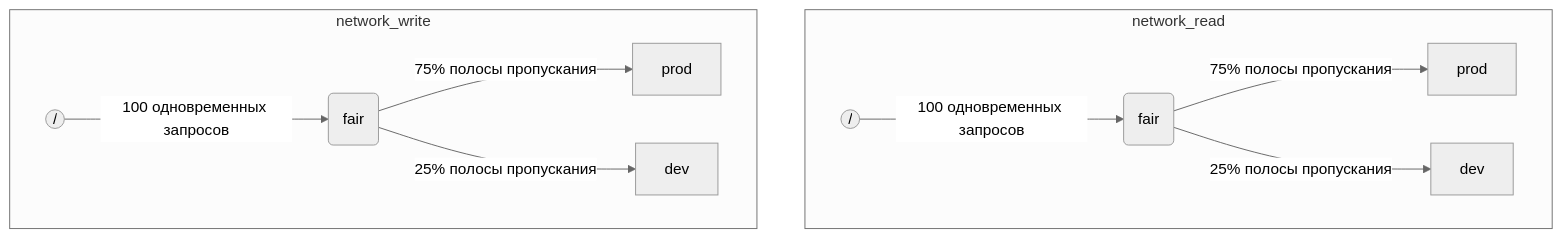
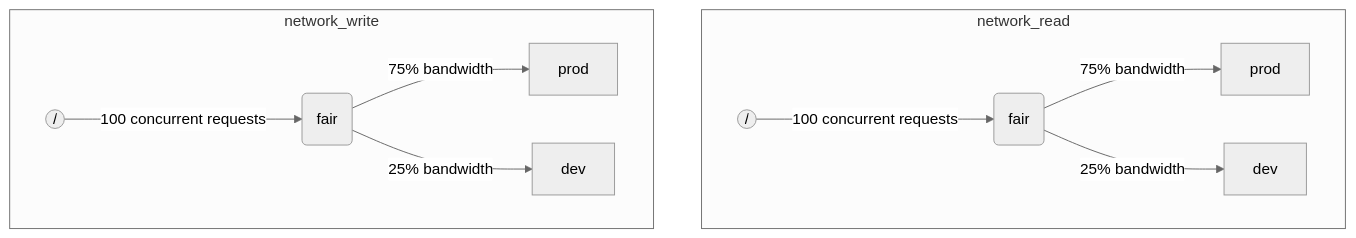
The diagram in i18n/ru/docusaurus-plugin-content-docs/current/operations/workload-scheduling.md (ClickHouse/clickhouse-docs), drawn with Mermaid (neutral theme) before and after one commit. The commit also changed other lines of this file and 1785 other files, not shown here.

````diff
--- a/i18n/ru/docusaurus-plugin-content-docs/current/operations/workload-scheduling.md
+++ b/i18n/ru/docusaurus-plugin-content-docs/current/operations/workload-scheduling.md
@@ -89,18 +89,18 @@
 ```mermaid
 graph TD
     subgraph network_read
     nr_root(("/"))
-    -->|100 одновременных запросов| nr_fair("fair")
-    -->|75% полосы пропускания| nr_prod["prod"]
+    -->|100 concurrent requests| nr_fair("fair")
+    -->|75% bandwidth| nr_prod["prod"]
     nr_fair
-    -->|25% полосы пропускания| nr_dev["dev"]
+    -->|25% bandwidth| nr_dev["dev"]
     end
 
     subgraph network_write
     nw_root(("/"))
-    -->|100 одновременных запросов| nw_fair("fair")
-    -->|75% полосы пропускания| nw_prod["prod"]
+    -->|100 concurrent requests| nw_fair("fair")
+    -->|75% bandwidth| nw_prod["prod"]
     nw_fair
-    -->|25% полосы пропускания| nw_dev["dev"]
+    -->|25% bandwidth| nw_dev["dev"]
     end
 ```
````
